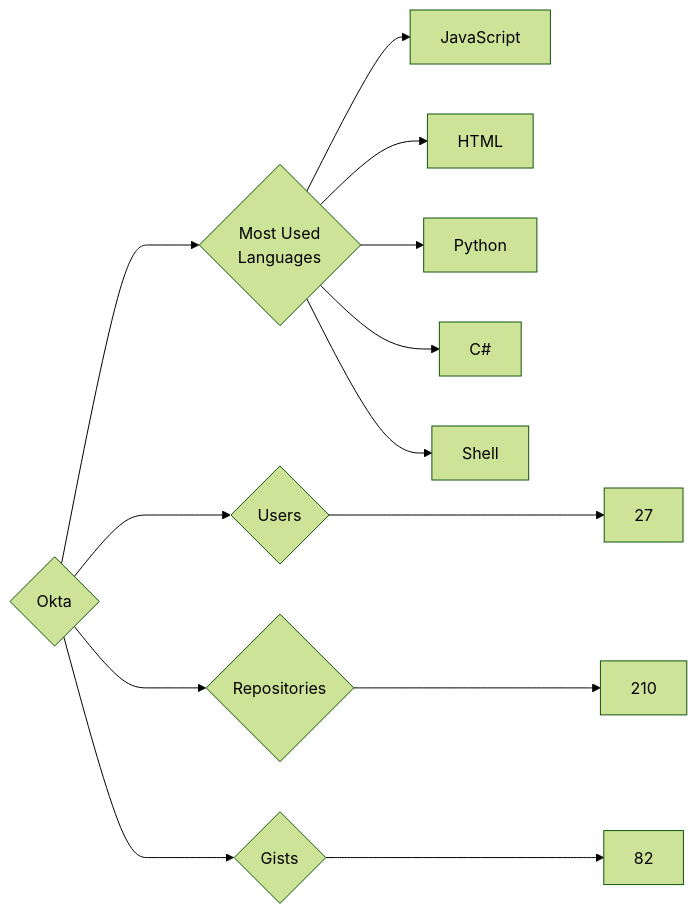
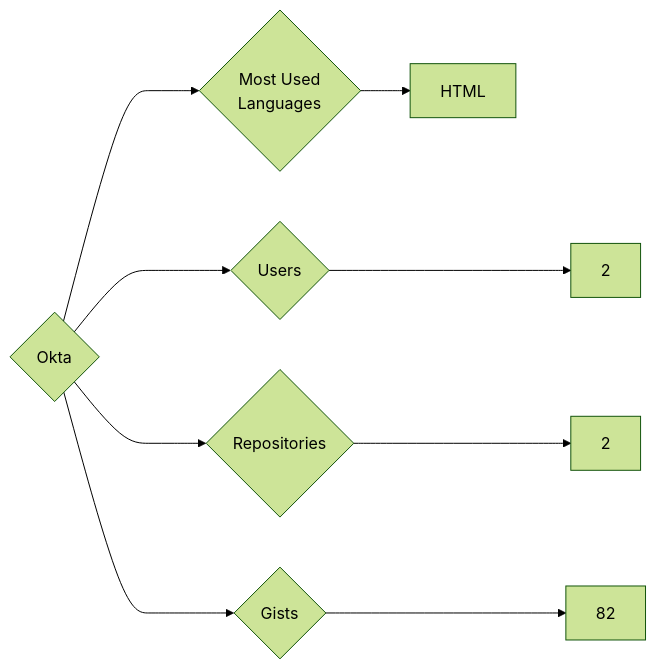
Before and after one commit to trickest/insiders: the diagram in targets/Okta/README.md, drawn with Mermaid (forest theme). The commit also changed 787 other files, not shown here.

````diff
--- a/targets/Okta/README.md
+++ b/targets/Okta/README.md
@@ -3,13 +3,9 @@
 ```mermaid
 graph LR
 COMPANY_NAME{Okta}
-COMPANY_NAME ---> U{Users} ---> UN[27]
-COMPANY_NAME ---> R{Repositories} ---> RN[210]
+COMPANY_NAME ---> U{Users} ---> UN[2]
+COMPANY_NAME ---> R{Repositories} ---> RN[2]
 COMPANY_NAME ---> G{Gists} ---> GN[82]
 COMPANY_NAME ---> ML{Most Used<br>Languages}
-ML --> JavaScript[JavaScript]
 ML --> HTML[HTML]
-ML --> Python[Python]
-ML --> C#[C#]
-ML --> Shell[Shell]
 ```
````
